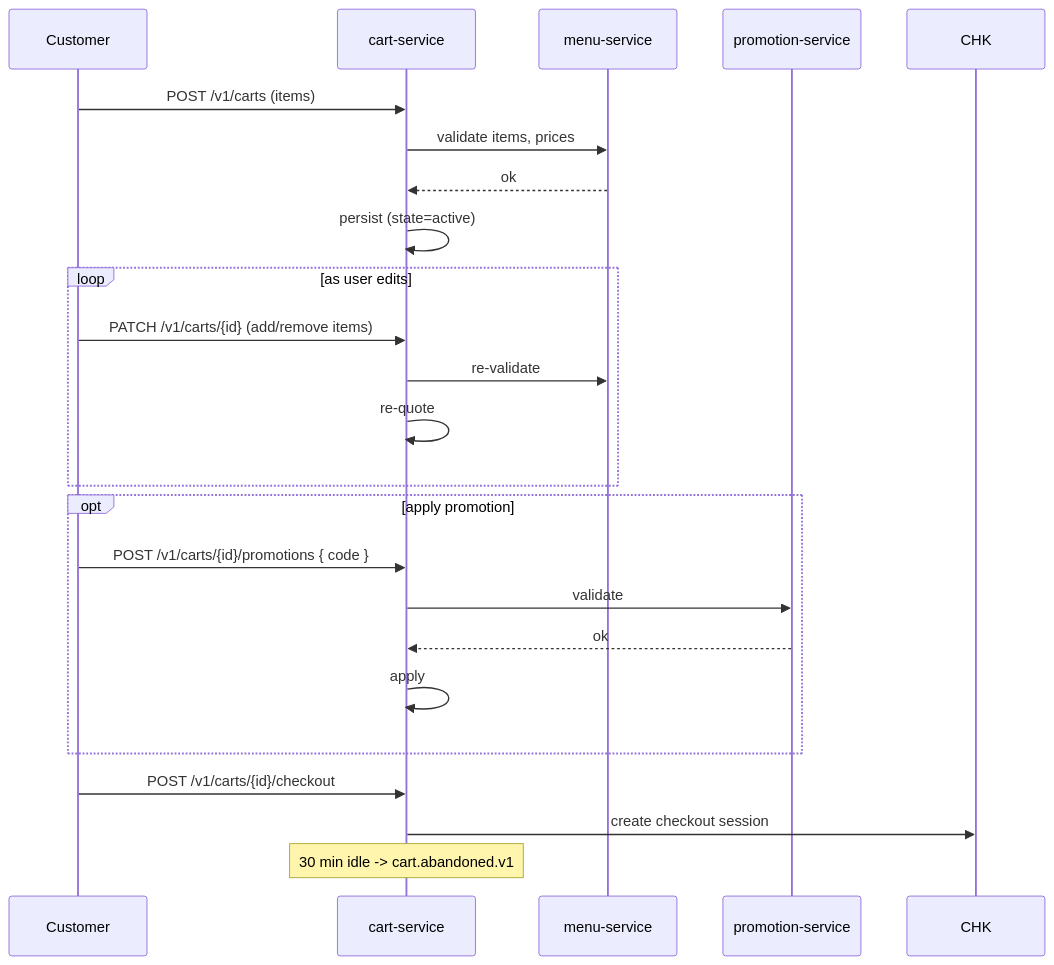
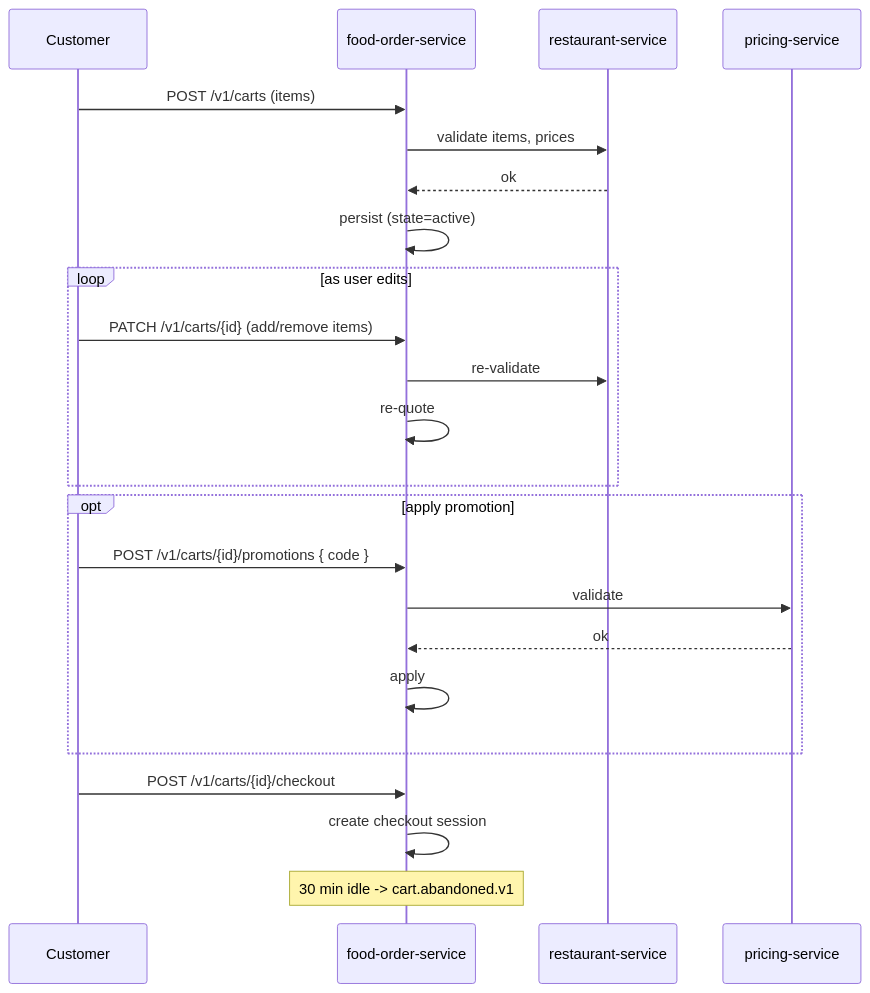
The third of 12 diagrams in docs/workflows/FOOD_ORDER_WORKFLOWS.md (mohamedhabibwork/trips-enjoy-docs), drawn with Mermaid before and after one commit. The commit also changed other lines of this file and 525 other files, not shown here.

````diff
--- a/docs/workflows/FOOD_ORDER_WORKFLOWS.md
+++ b/docs/workflows/FOOD_ORDER_WORKFLOWS.md
@@ -110,26 +99,26 @@
 ```mermaid
 sequenceDiagram
     participant C as Customer
-    participant CRT as cart-service
-    participant MN as menu-service
-    participant PRM as promotion-service
+    participant FOR as food-order-service
+    participant RES as restaurant-service
+    participant PRC as pricing-service
 
-    C->>CRT: POST /v1/carts (items)
-    CRT->>MN: validate items, prices
-    MN-->>CRT: ok
-    CRT->>CRT: persist (state=active)
+    C->>FOR: POST /v1/carts (items)
+    FOR->>RES: validate items, prices
+    RES-->>FOR: ok
+    FOR->>FOR: persist (state=active)
     loop as user edits
-        C->>CRT: PATCH /v1/carts/{id} (add/remove items)
-        CRT->>MN: re-validate
-        CRT->>CRT: re-quote
+        C->>FOR: PATCH /v1/carts/{id} (add/remove items)
+        FOR->>RES: re-validate
+        FOR->>FOR: re-quote
     end
     opt apply promotion
-        C->>CRT: POST /v1/carts/{id}/promotions { code }
-        CRT->>PRM: validate
-        PRM-->>CRT: ok
-        CRT->>CRT: apply
+        C->>FOR: POST /v1/carts/{id}/promotions { code }
+        FOR->>PRC: validate
+        PRC-->>FOR: ok
+        FOR->>FOR: apply
     end
-    C->>CRT: POST /v1/carts/{id}/checkout
-    CRT->>CHK: create checkout session
-    Note over CRT: 30 min idle -> cart.abandoned.v1
+    C->>FOR: POST /v1/carts/{id}/checkout
+    FOR->>FOR: create checkout session
+    Note over FOR: 30 min idle -> cart.abandoned.v1
 ```
````
